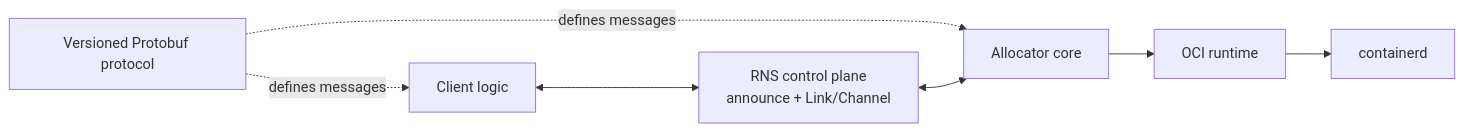
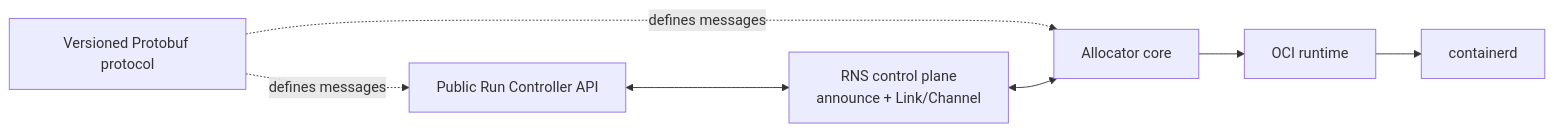
Before and after one commit to mytecor/r1s: the first of 2 diagrams in ARCHITECTURE.md, drawn with Mermaid. The commit also changed other lines of this file and 30 other files, not shown here.

````diff
--- a/ARCHITECTURE.md
+++ b/ARCHITECTURE.md
@@ -26,16 +26,16 @@
 ```mermaid
 flowchart LR
     Protocol[Versioned Protobuf protocol]
-    Client[Client logic]
+    Client[Public Run Controller API]
     Fabric[RNS control plane<br/>announce + Link/Channel]
     Allocator[Allocator core]
     Runtime[OCI runtime]
     Containerd[containerd]
 
     Protocol -. defines messages .-> Client
     Protocol -. defines messages .-> Allocator
     Client <--> Fabric
     Fabric <--> Allocator
     Allocator --> Runtime
     Runtime --> Containerd
 ```
````
